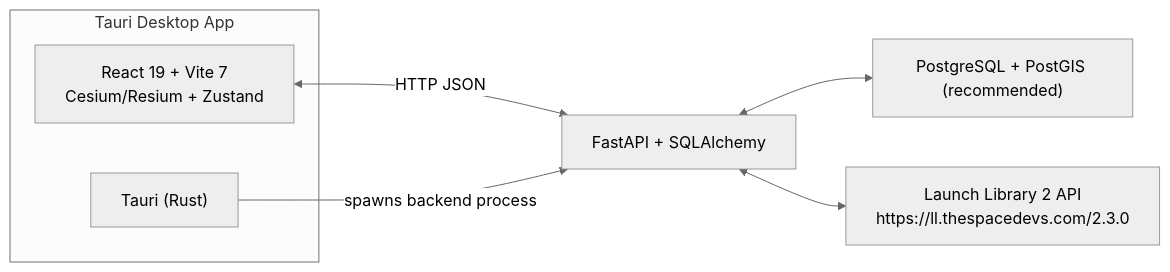
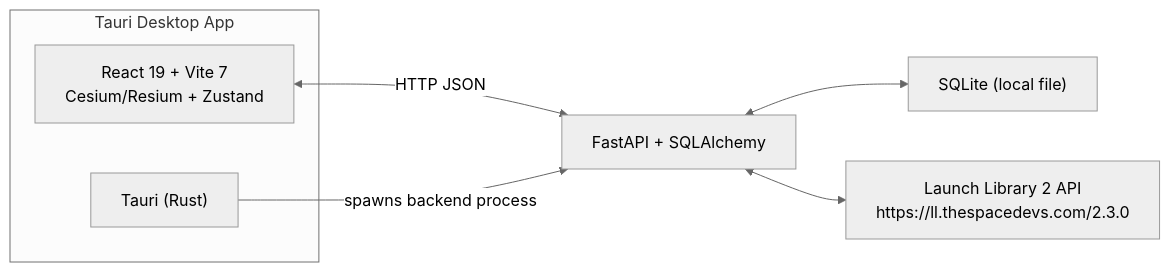
One commit to akshanthsaik/RocketGlobe changed the first of 3 diagrams in README.md. Above: the diagram before and after it, drawn with Mermaid (neutral theme). The commit also changed other lines of this file and 149 other files, not shown here.

Commit message:
feat: migrate backend to SQLite, ship an offline seed snapshot, redesign the globe as flat/schematic

````diff
--- a/README.md
+++ b/README.md
@@ -7,16 +7,16 @@
 ```mermaid
 flowchart LR
   subgraph Desktop["Tauri Desktop App"]
     UI["React 19 + Vite 7\nCesium/Resium + Zustand"]
     Rust["Tauri (Rust)"]
   end
 
   API["FastAPI + SQLAlchemy"]
-  DB["PostgreSQL + PostGIS (recommended)"]
+  DB["SQLite (local file)"]
   LL2["Launch Library 2 API\nhttps://ll.thespacedevs.com/2.3.0"]
 
   UI <-->|HTTP JSON| API
   Rust -->|spawns backend process| API
   API <--> DB
   API <--> LL2
 ```
````
